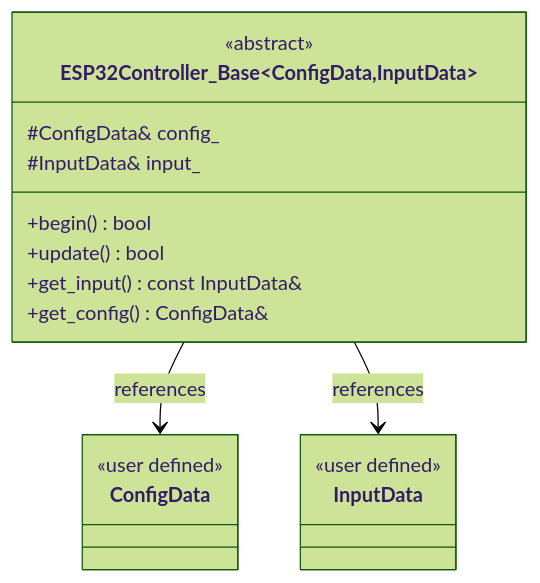
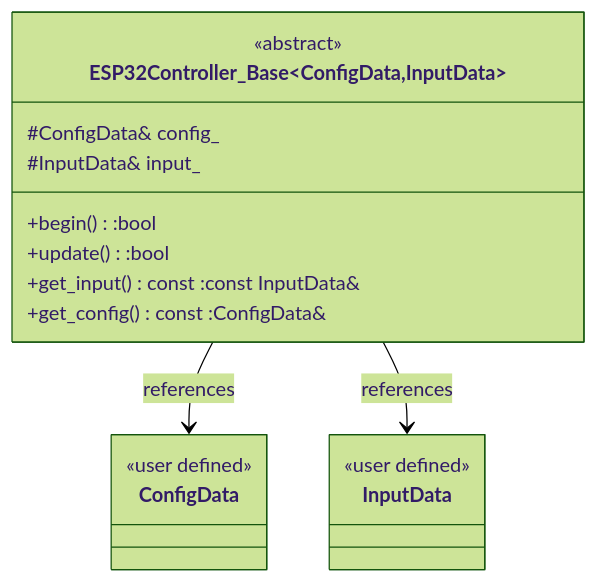
One commit to Tomoooji/esp32-controller changed the first of 2 diagrams in README.md. Above: the diagram before and after it, drawn with Mermaid (forest theme). The commit also changed other lines of this file, not shown here.

````diff
--- a/README.md
+++ b/README.md
@@ -169,23 +169,23 @@
 ```mermaid
 classDiagram
     class ESP32Controller_Base~ConfigData,InputData~ {
         <<abstract>>
         #ConfigData& config_
         #InputData& input_
-        +begin() bool
-        +update() bool
-        +get_input() const InputData&
-        +get_config() ConfigData&
+        +begin() :bool
+        +update() :bool
+        +get_input() const :const InputData&
+        +get_config() const :ConfigData&
     }
 
     class ConfigData {
         <<user defined>>
     }
 
     class InputData {
         <<user defined>>
     }
 
     ESP32Controller_Base --> ConfigData : references
     ESP32Controller_Base --> InputData : references
 ```
````
